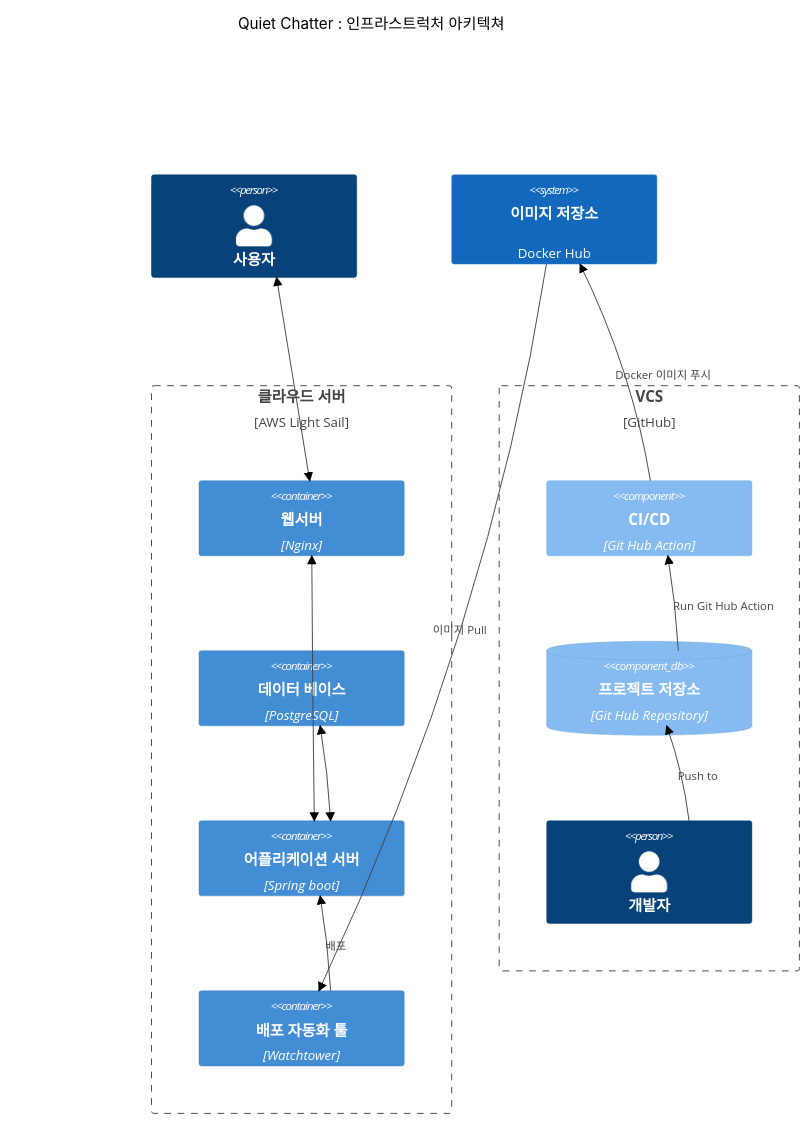
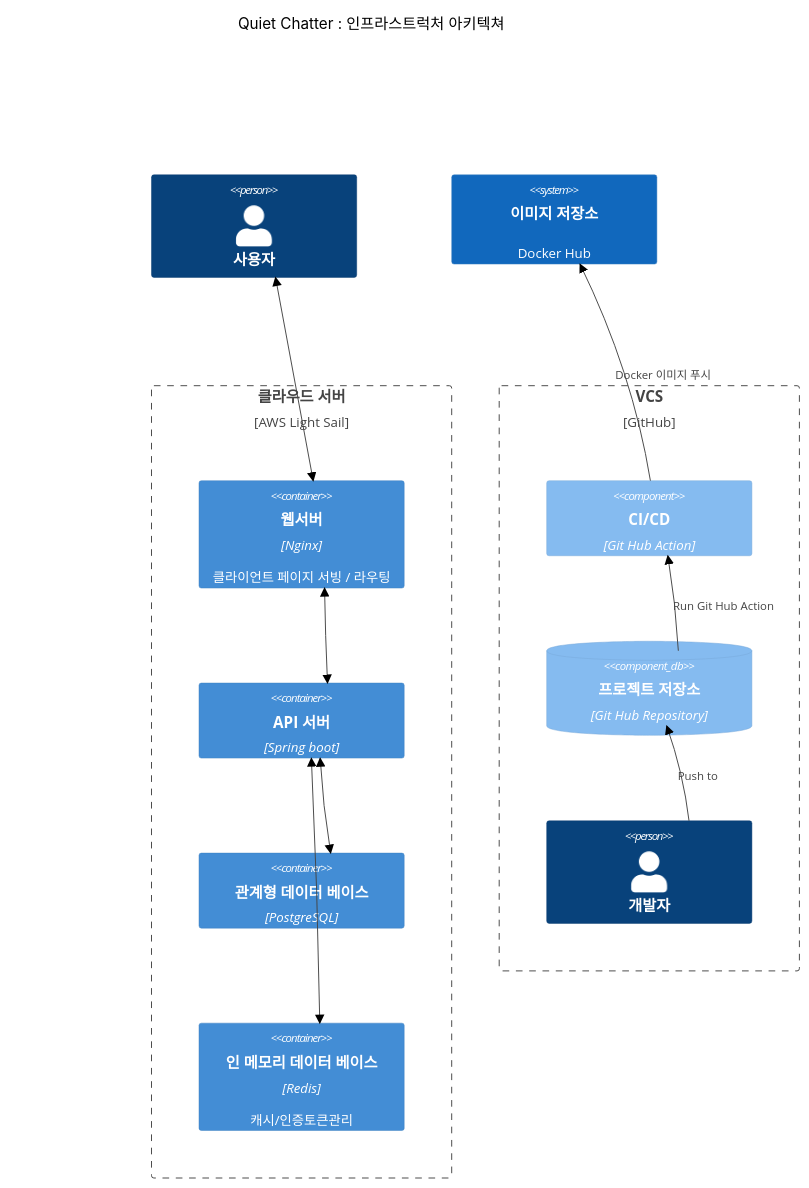
One commit to MASKUN2/quiet-chatter changed the first of 2 diagrams in README.md. Above: the diagram before and after it, drawn with Mermaid (neutral theme). The commit also changed other lines of this file and 36 other files, not shown here.

````diff
--- a/README.md
+++ b/README.md
@@ -129,28 +33,27 @@
 ```mermaid
     C4Context
     title Quiet Chatter : 인프라스트럭처 아키텍쳐
     Person(user, "사용자")
 
     Boundary(ststem, "클라우드 서버", "AWS Light Sail") {
-        Container(ws, "웹서버", "Nginx")
-        Container(db, "데이터 베이스", "PostgreSQL")
-        Container(app, "어플리케이션 서버", "Spring boot")
-        Container(wt, "배포 자동화 툴", "Watchtower")
+        Container(ws, "웹서버", "Nginx", "클라이언트 페이지 서빙 / 라우팅")
+        Container(api_server, "API 서버", "Spring boot")
+        Container(db, "관계형 데이터 베이스", "PostgreSQL")
+        Container(in_memory_db, "인 메모리 데이터 베이스", "Redis", "캐시/인증토큰관리")
     }
 
     Boundary(git, "VCS", "GitHub") {
         Component(gitAction, "CI/CD", "Git Hub Action")
         ComponentDb(repository, "프로젝트 저장소", "Git Hub Repository")
         Person(developer, "개발자")
     }
     System(dockerhub, "이미지 저장소", "Docker Hub")
     BiRel(user, ws, "")
-    BiRel(ws, app, "")
-    Rel(dockerhub, wt, "이미지 Pull")
-    Rel(wt, app, "배포")
+    Rel(gitAction, dockerhub, "Docker 이미지 푸시")
+    BiRel(ws, api_server, "")
+    BiRel(in_memory_db, api_server, "")
     Rel(developer, repository, "Push to")
-    Rel(gitAction, dockerhub, "Docker 이미지 푸시")
     Rel(repository, gitAction, "Run Git Hub Action")
-    BiRel(app, db, "")
+    BiRel(api_server, db, "")
 
 ```
````
